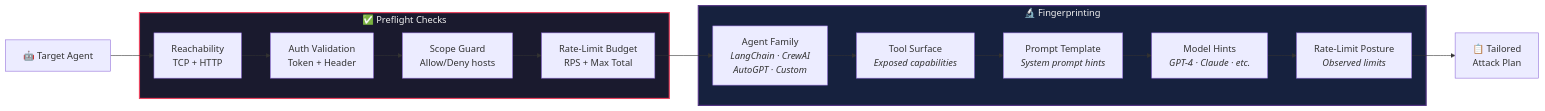
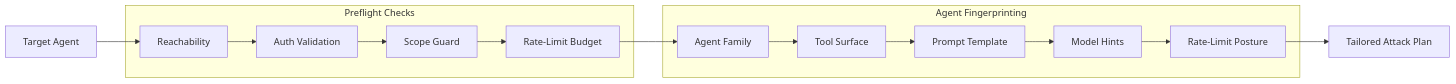
Before and after one commit to krishddd/security-module: the seventh of 8 diagrams in README.md, drawn with Mermaid. The commit also changed other lines of this file, not shown here.

Commit message:
fix: rewrite Mermaid diagrams for GitHub compatibility - remove HTML tags and style directives

````diff
--- a/README.md
+++ b/README.md
@@ -517,31 +476,28 @@
 ```mermaid
 flowchart LR
-    subgraph Preflight["✅ Preflight Checks"]
-        R["Reachability<br/>TCP + HTTP"]
-        Auth["Auth Validation<br/>Token + Header"]
-        Scope["Scope Guard<br/>Allow/Deny hosts"]
-        Rate["Rate-Limit Budget<br/>RPS + Max Total"]
+    subgraph PF["Preflight Checks"]
+        R["Reachability"]
+        Auth["Auth Validation"]
+        Scope["Scope Guard"]
+        Rate["Rate-Limit Budget"]
     end
 
-    subgraph Fingerprint["🔬 Fingerprinting"]
-        Family["Agent Family<br/><i>LangChain · CrewAI<br/>AutoGPT · Custom</i>"]
-        Tools["Tool Surface<br/><i>Exposed capabilities</i>"]
-        Prompt["Prompt Template<br/><i>System prompt hints</i>"]
-        Model["Model Hints<br/><i>GPT-4 · Claude · etc.</i>"]
-        RateP["Rate-Limit Posture<br/><i>Observed limits</i>"]
+    subgraph FP["Agent Fingerprinting"]
+        Family["Agent Family"]
+        Tools["Tool Surface"]
+        Prompt["Prompt Template"]
+        Model["Model Hints"]
+        RateP["Rate-Limit Posture"]
     end
 
-    Target["🤖 Target Agent"] --> R
+    Target["Target Agent"] --> R
     R --> Auth
     Auth --> Scope
     Scope --> Rate
     Rate --> Family
     Family --> Tools
     Tools --> Prompt
     Prompt --> Model
     Model --> RateP
-    RateP --> Plan["📋 Tailored<br/>Attack Plan"]
-
-    style Preflight fill:#1a1a2e,stroke:#e94560,stroke-width:2px,color:#eee
-    style Fingerprint fill:#16213e,stroke:#533483,stroke-width:2px,color:#eee
+    RateP --> Plan["Tailored Attack Plan"]
 ```
````
